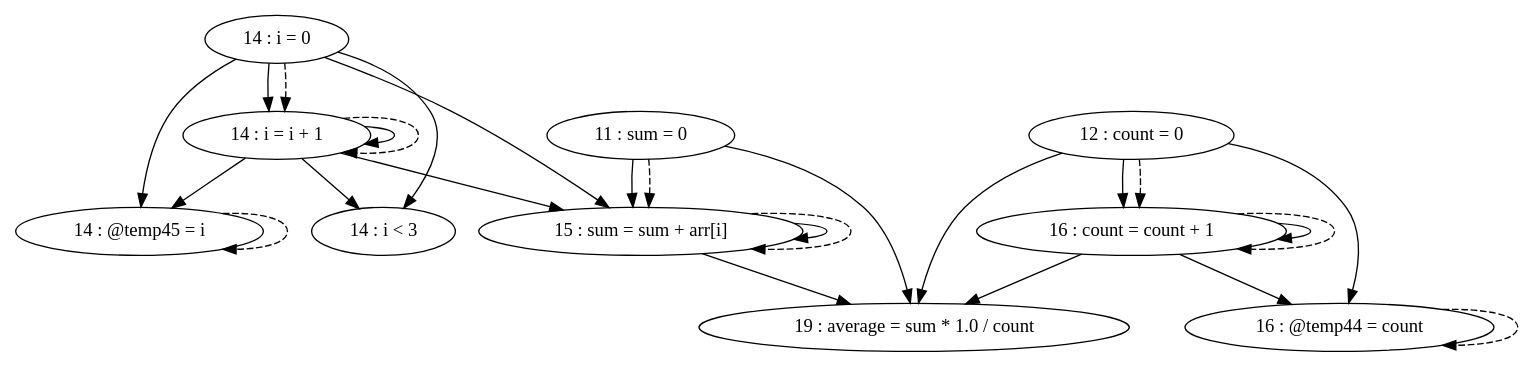
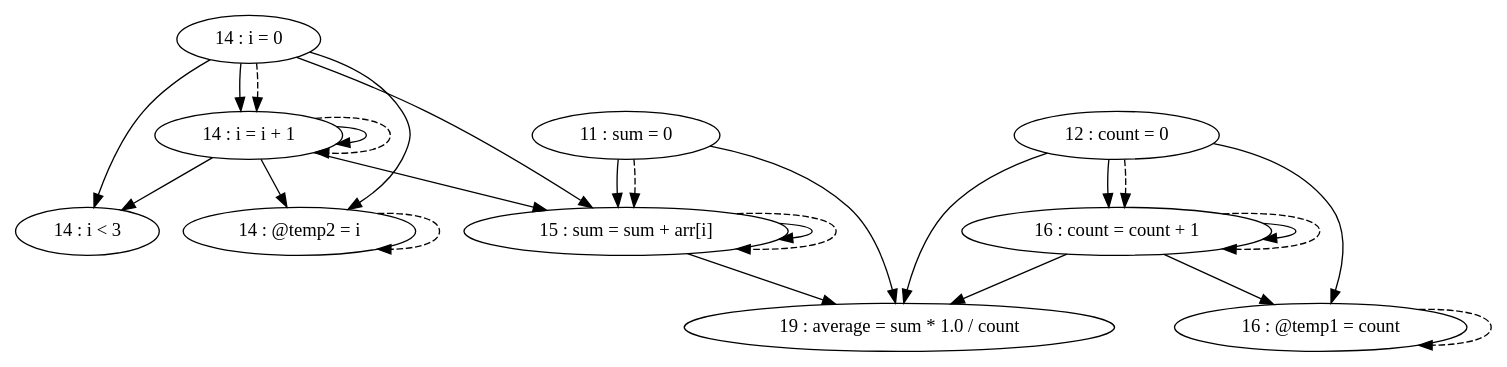
One commit to thomassimko/thesis-code-duplication changed the diagram in pdg/source/testFiles/TestCases/TestCase6/TestCase6-test1.gv. Above: the diagram before and after it, drawn with Graphviz. The commit also changed 3297 other files, not shown here.

```diff
--- a/pdg/source/testFiles/TestCases/TestCase6/TestCase6-test1.gv
+++ b/pdg/source/testFiles/TestCases/TestCase6/TestCase6-test1.gv
@@ -1,38 +1,38 @@
 digraph G {
 "11 : sum = 0"
+"11 : sum = 0" -> "19 : average = sum * 1.0 / count"
 "11 : sum = 0" -> "15 : sum = sum + arr[i]"
-"11 : sum = 0" -> "19 : average = sum * 1.0 / count"
 "11 : sum = 0" -> "15 : sum = sum + arr[i]" [style=dashed]
 "12 : count = 0"
+"12 : count = 0" -> "19 : average = sum * 1.0 / count"
+"12 : count = 0" -> "16 : @temp1 = count"
 "12 : count = 0" -> "16 : count = count + 1"
-"12 : count = 0" -> "16 : @temp44 = count"
-"12 : count = 0" -> "19 : average = sum * 1.0 / count"
 "12 : count = 0" -> "16 : count = count + 1" [style=dashed]
 "14 : i = 0"
+"14 : i = 0" -> "15 : sum = sum + arr[i]"
+"14 : i = 0" -> "14 : @temp2 = i"
 "14 : i = 0" -> "14 : i < 3"
-"14 : i = 0" -> "15 : sum = sum + arr[i]"
 "14 : i = 0" -> "14 : i = i + 1"
-"14 : i = 0" -> "14 : @temp45 = i"
 "14 : i = 0" -> "14 : i = i + 1" [style=dashed]
 "14 : i < 3"
 "15 : sum = sum + arr[i]"
+"15 : sum = sum + arr[i]" -> "19 : average = sum * 1.0 / count"
 "15 : sum = sum + arr[i]" -> "15 : sum = sum + arr[i]"
-"15 : sum = sum + arr[i]" -> "19 : average = sum * 1.0 / count"
 "15 : sum = sum + arr[i]" -> "15 : sum = sum + arr[i]" [style=dashed]
-"16 : @temp44 = count"
-"16 : @temp44 = count" -> "16 : @temp44 = count" [style=dashed]
+"16 : @temp1 = count"
+"16 : @temp1 = count" -> "16 : @temp1 = count" [style=dashed]
 "16 : count = count + 1"
+"16 : count = count + 1" -> "19 : average = sum * 1.0 / count"
+"16 : count = count + 1" -> "16 : @temp1 = count"
 "16 : count = count + 1" -> "16 : count = count + 1"
-"16 : count = count + 1" -> "16 : @temp44 = count"
-"16 : count = count + 1" -> "19 : average = sum * 1.0 / count"
 "16 : count = count + 1" -> "16 : count = count + 1" [style=dashed]
-"14 : @temp45 = i"
-"14 : @temp45 = i" -> "14 : @temp45 = i" [style=dashed]
+"14 : @temp2 = i"
+"14 : @temp2 = i" -> "14 : @temp2 = i" [style=dashed]
 "14 : i = i + 1"
+"14 : i = i + 1" -> "15 : sum = sum + arr[i]"
+"14 : i = i + 1" -> "14 : @temp2 = i"
 "14 : i = i + 1" -> "14 : i < 3"
-"14 : i = i + 1" -> "15 : sum = sum + arr[i]"
 "14 : i = i + 1" -> "14 : i = i + 1"
-"14 : i = i + 1" -> "14 : @temp45 = i"
 "14 : i = i + 1" -> "14 : i = i + 1" [style=dashed]
 "19 : average = sum * 1.0 / count"
 }
```
